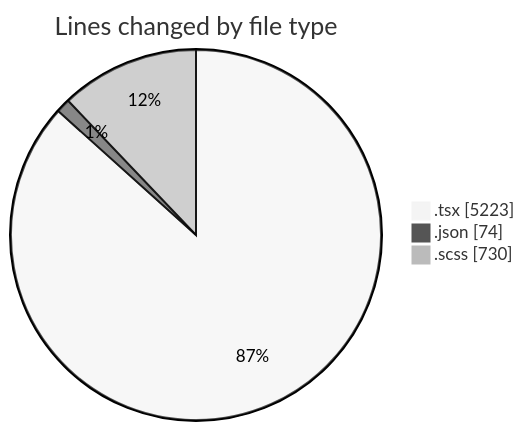
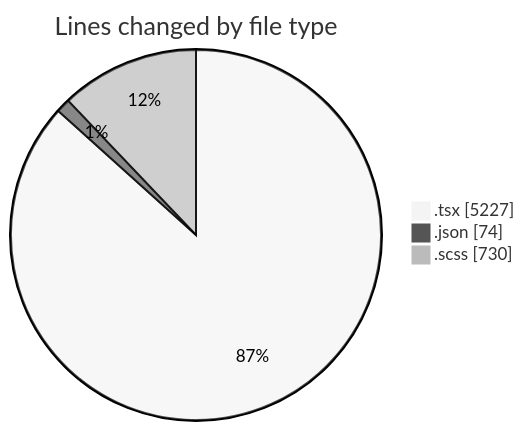
One commit to momahboobian/code-tracking changed the first of 2 diagrams in 2025-04-08/cda/README.md. Above: the diagram before and after it, drawn with Mermaid (neutral theme). The commit also changed other lines of this file and 1 other file, not shown here.

````diff
--- a/2025-04-08/cda/README.md
+++ b/2025-04-08/cda/README.md
@@ -36,7 +36,7 @@
 ```mermaid
 pie showData
 title Lines changed by file type
-".tsx" : 5223
+".tsx" : 5227
 ".json" : 74
 ".scss" : 730
 ```
````
